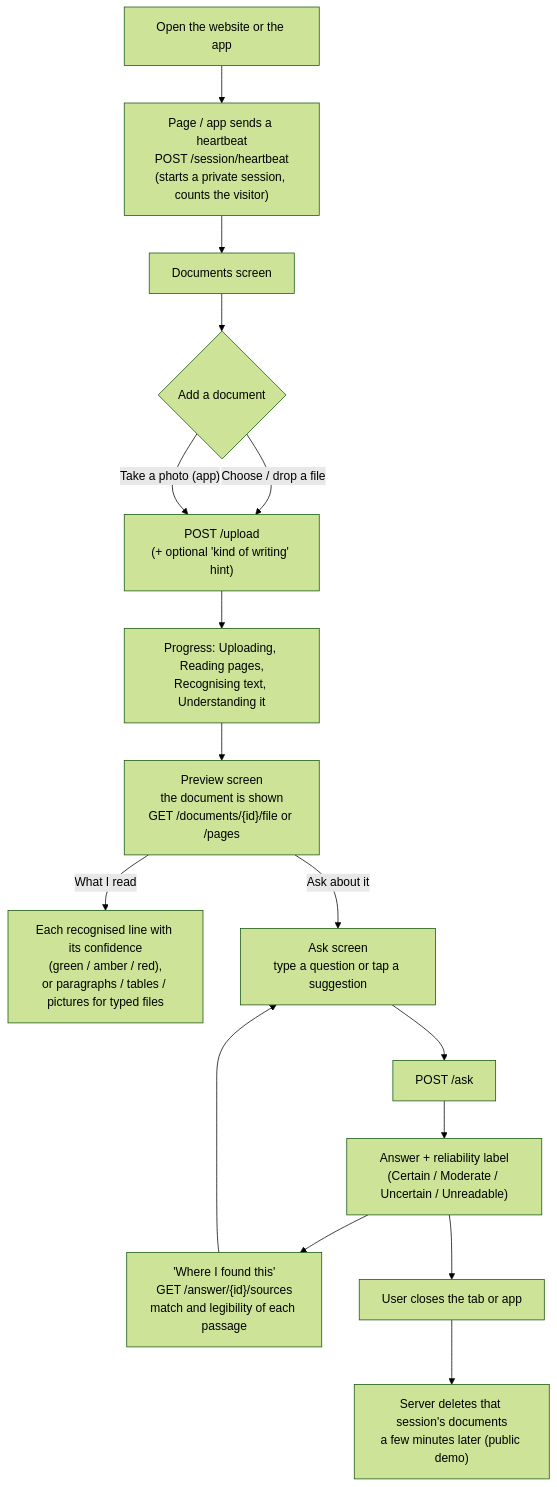
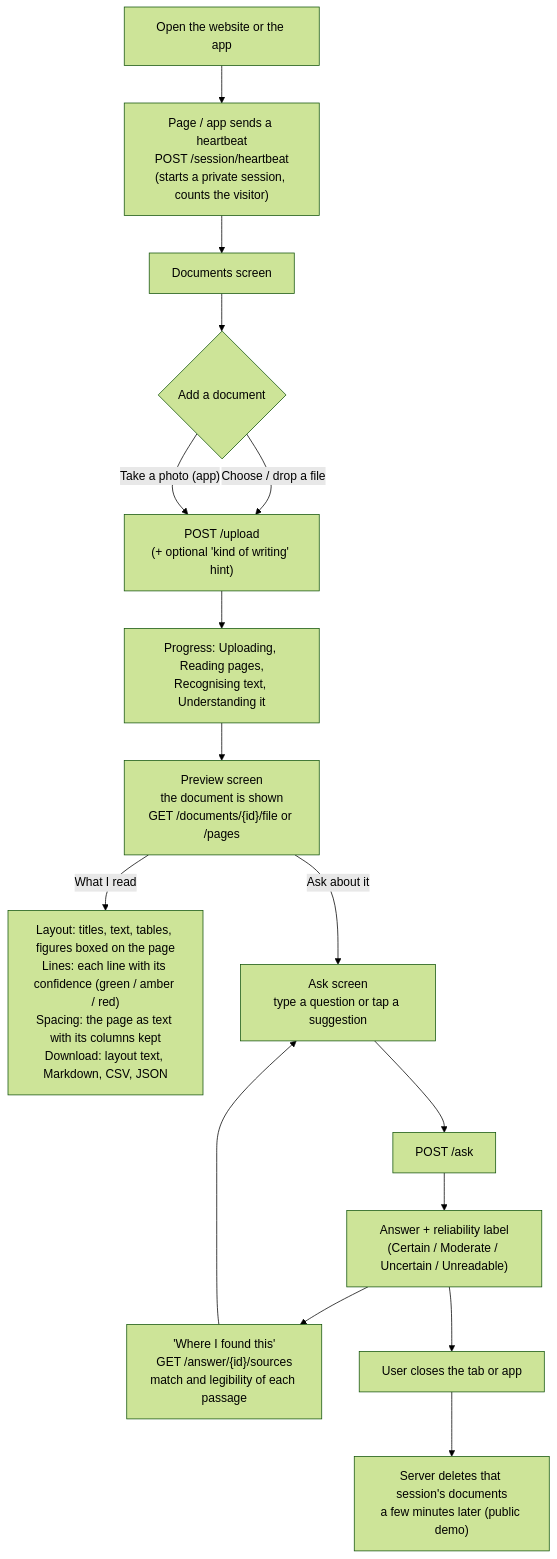
The second of 8 diagrams in README.md (om-upadhye/DocBlendAI), drawn with Mermaid (forest theme) before and after one commit. The commit also changed other lines of this file and 19 other files, not shown here.

First line of the commit message:
Layout analysis: regions, tables, reading order, and spacing for scans and handwriting

````diff
--- a/README.md
+++ b/README.md
@@ -94,18 +95,18 @@
 ```mermaid
 flowchart TD
     Open["Open the website or the app"] --> HB["Page / app sends a heartbeat<br/>POST /session/heartbeat<br/>(starts a private session, counts the visitor)"]
     HB --> Docs["Documents screen"]
     Docs --> Pick{"Add a document"}
     Pick -- "Choose / drop a file" --> Up
     Pick -- "Take a photo (app)" --> Up
     Up["POST /upload<br/>(+ optional 'kind of writing' hint)"] --> Wait["Progress: Uploading, Reading pages,<br/>Recognising text, Understanding it"]
     Wait --> Prev["Preview screen<br/>the document is shown<br/>GET /documents/{id}/file or /pages"]
-    Prev -- "What I read" --> Read["Each recognised line with its confidence<br/>(green / amber / red),<br/>or paragraphs / tables / pictures for typed files"]
+    Prev -- "What I read" --> Read["Layout: titles, text, tables, figures boxed on the page<br/>Lines: each line with its confidence (green / amber / red)<br/>Spacing: the page as text with its columns kept<br/>Download: layout text, Markdown, CSV, JSON"]
     Prev -- "Ask about it" --> Ask["Ask screen<br/>type a question or tap a suggestion"]
     Ask --> Q["POST /ask"]
     Q --> Ans["Answer + reliability label<br/>(Certain / Moderate / Uncertain / Unreadable)"]
     Ans --> Src["'Where I found this'<br/>GET /answer/{id}/sources<br/>match and legibility of each passage"]
     Src --> Ask
     Ans --> Leave["User closes the tab or app"]
     Leave --> Clean["Server deletes that session's documents<br/>a few minutes later (public demo)"]
 ```
````
